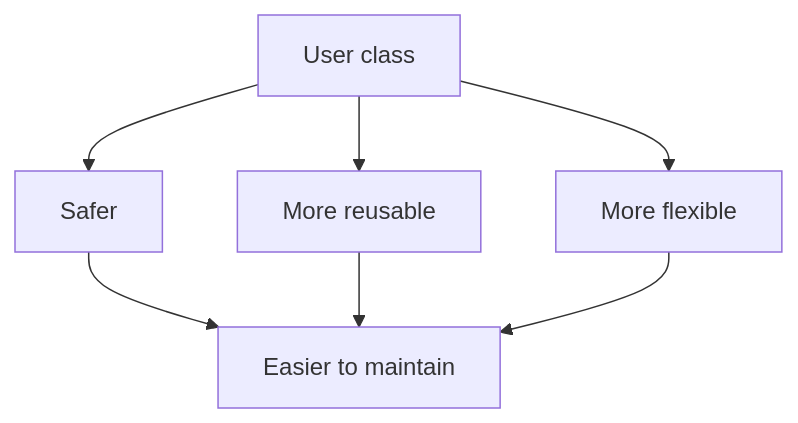
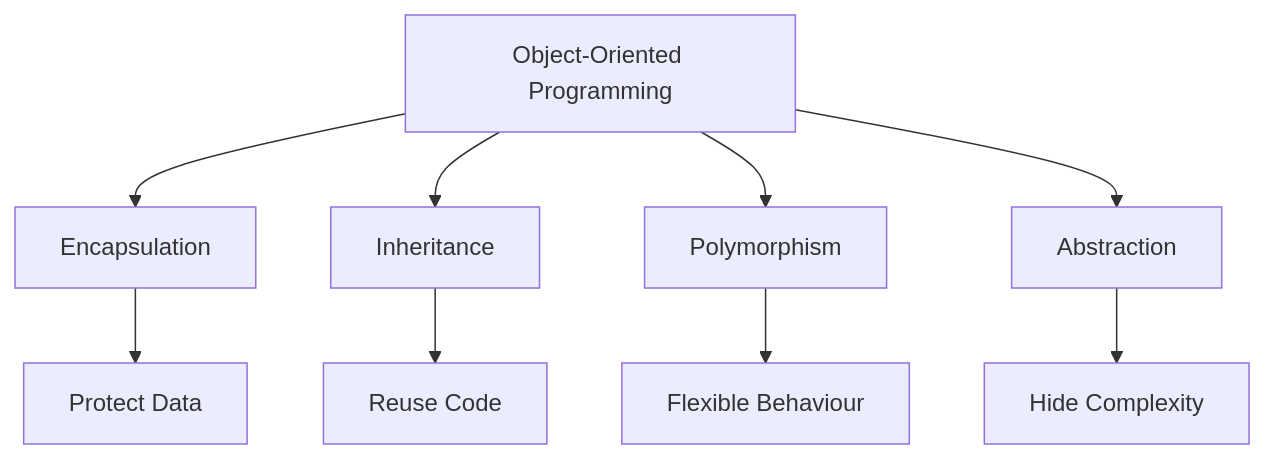
The first of 3 diagrams in modules/p4-classes-objects/unit-4-2-the-four-pillars-of-oop.md (VishnuKumpati/Python-foundations), drawn with Mermaid before and after one commit. The commit also changed other lines of this file, not shown here.

````diff
--- a/modules/p4-classes-objects/unit-4-2-the-four-pillars-of-oop.md
+++ b/modules/p4-classes-objects/unit-4-2-the-four-pillars-of-oop.md
@@ -35,9 +43,12 @@
 ```mermaid
 flowchart TD
-    A["User class"] --> B["Safer"]
-    A --> C["More reusable"]
-    A --> D["More flexible"]
-    B --> E["Easier to maintain"]
-    C --> E
-    D --> E
+    A["Object-Oriented Programming"] --> B["Encapsulation"]
+    A --> C["Inheritance"]
+    A --> D["Polymorphism"]
+    A --> E["Abstraction"]
+
+    B --> F["Protect Data"]
+    C --> G["Reuse Code"]
+    D --> H["Flexible Behaviour"]
+    E --> I["Hide Complexity"]
 ```
````
